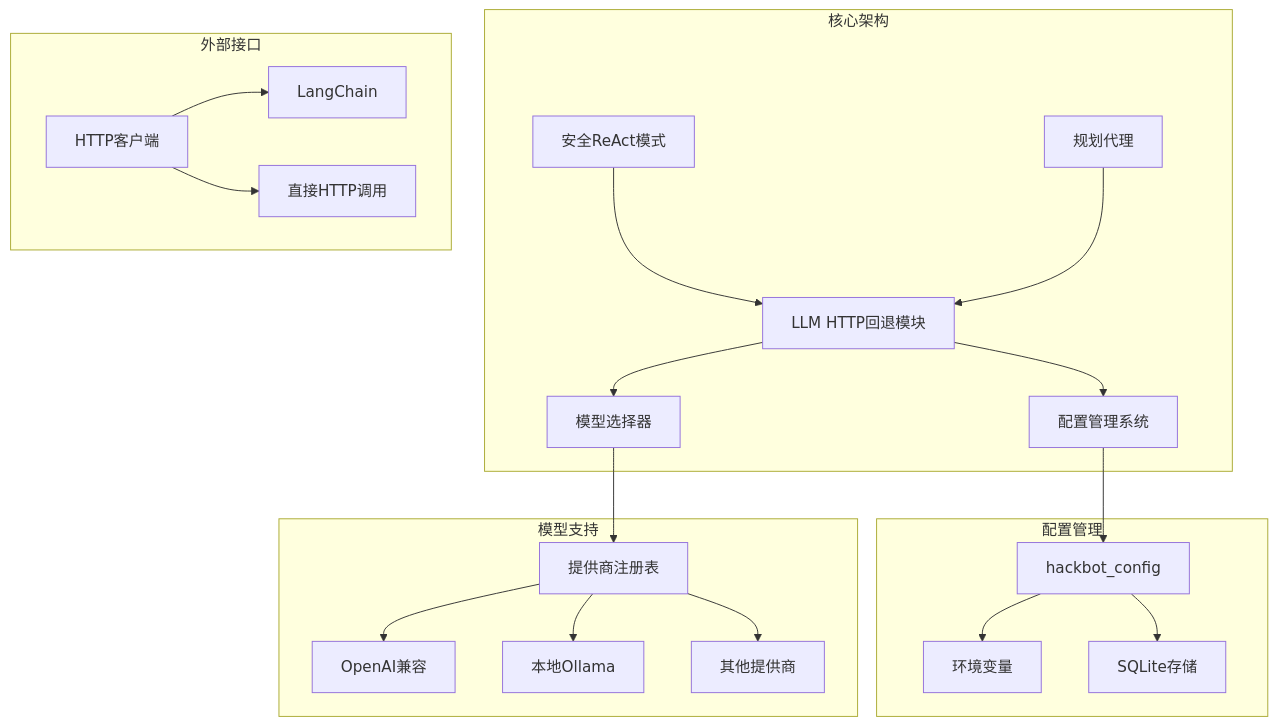
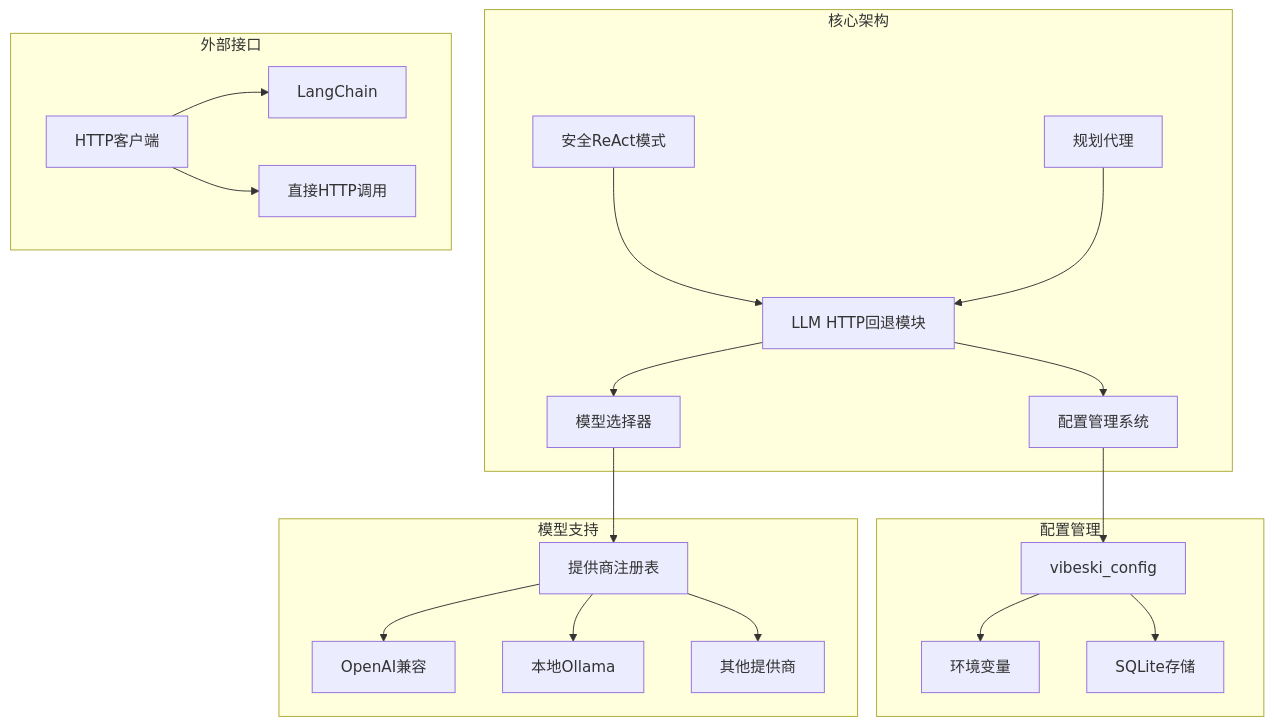
The first of 6 diagrams in .qoder/repowiki/zh/content/LLM HTTP回退机制.md (crabin/VIBESKI), drawn with Mermaid before and after one commit. The commit also changed other lines of this file and 170 other files, not shown here.

Commit message:
chore: rename all secbot/hackbot identifiers to vibeski

````diff
--- a/.qoder/repowiki/zh/content/LLM HTTP回退机制.md
+++ b/.qoder/repowiki/zh/content/LLM HTTP回退机制.md
@@ -46,24 +46,24 @@
 ```mermaid
 graph TB
 subgraph "核心架构"
 A[LLM HTTP回退模块] --> B[配置管理系统]
 A --> C[模型选择器]
 D[安全ReAct模式] --> A
 E[规划代理] --> A
 end
 subgraph "配置管理"
-B --> F[hackbot_config]
+B --> F[vibeski_config]
 F --> G[环境变量]
 F --> H[SQLite存储]
 end
 subgraph "模型支持"
 C --> I[提供商注册表]
 I --> J[OpenAI兼容]
 I --> K[本地Ollama]
 I --> L[其他提供商]
 end
 subgraph "外部接口"
 M[HTTP客户端] --> N[LangChain]
 M --> O[直接HTTP调用]
 end
 ```
````
